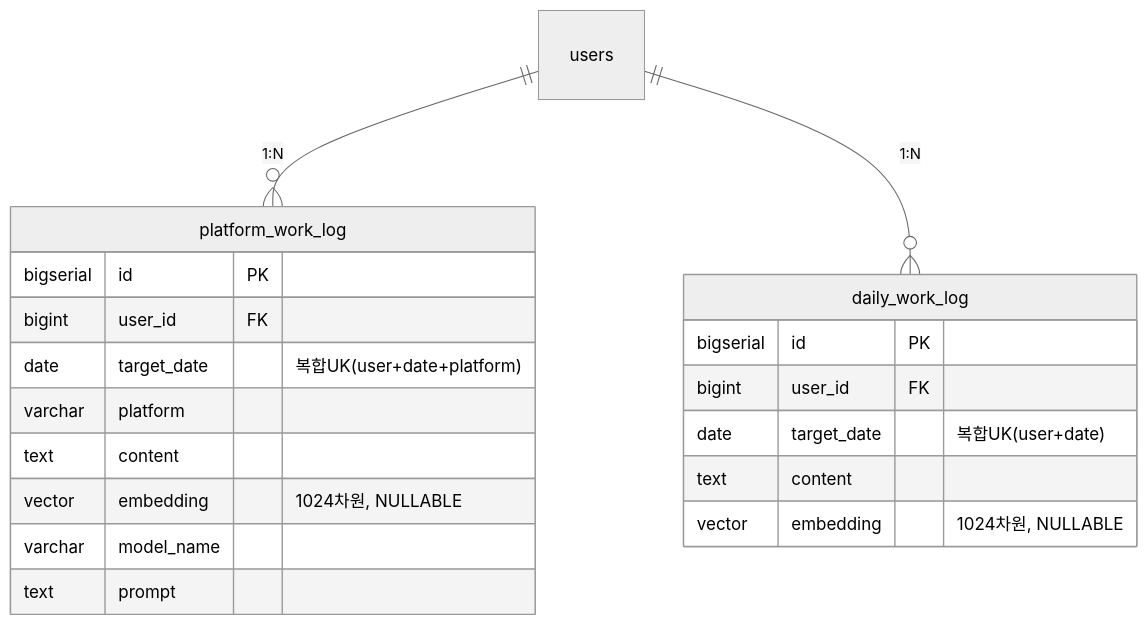
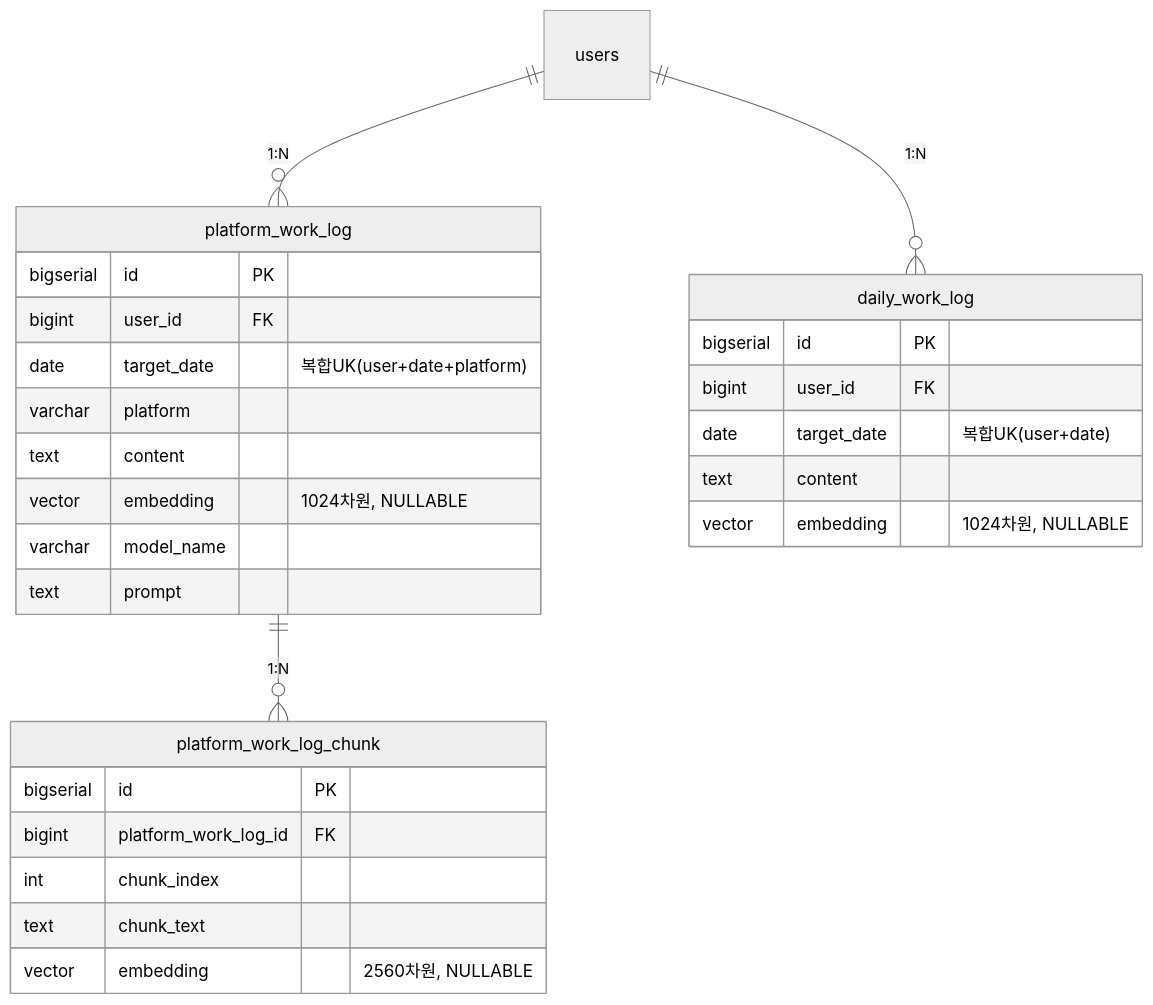
One commit to sanggi-wjg/dev-blackbox changed the sixth of 7 diagrams in docs/ERD.md. Above: the diagram before and after it, drawn with Mermaid (neutral theme). The commit also changed other lines of this file and 33 other files, not shown here.

````diff
--- a/docs/ERD.md
+++ b/docs/ERD.md
@@ -153,24 +154,33 @@
 ```mermaid
 erDiagram
     users ||--o{ platform_work_log : "1:N"
     users ||--o{ daily_work_log : "1:N"
+    platform_work_log ||--o{ platform_work_log_chunk : "1:N"
 
     platform_work_log {
         bigserial id PK
         bigint user_id FK
         date target_date "복합UK(user+date+platform)"
         varchar platform
         text content
         vector embedding "1024차원, NULLABLE"
         varchar model_name
         text prompt
     }
 
     daily_work_log {
         bigserial id PK
         bigint user_id FK
         date target_date "복합UK(user+date)"
         text content
         vector embedding "1024차원, NULLABLE"
     }
+
+    platform_work_log_chunk {
+        bigserial id PK
+        bigint platform_work_log_id FK
+        int chunk_index
+        text chunk_text
+        vector embedding "2560차원, NULLABLE"
+    }
 ```
````
